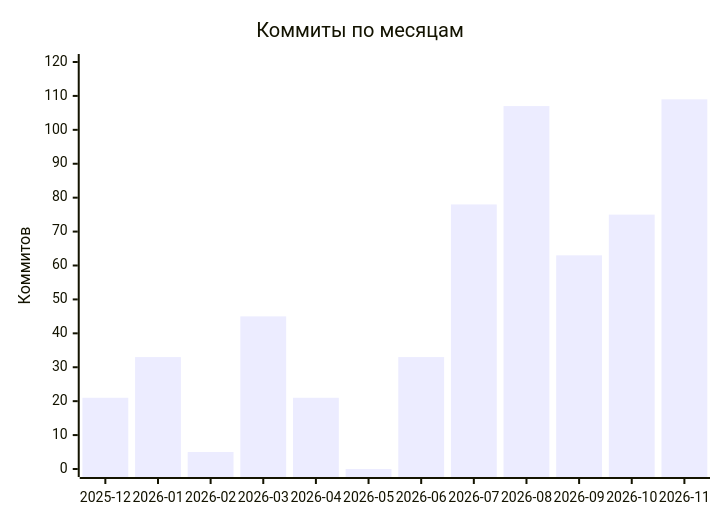
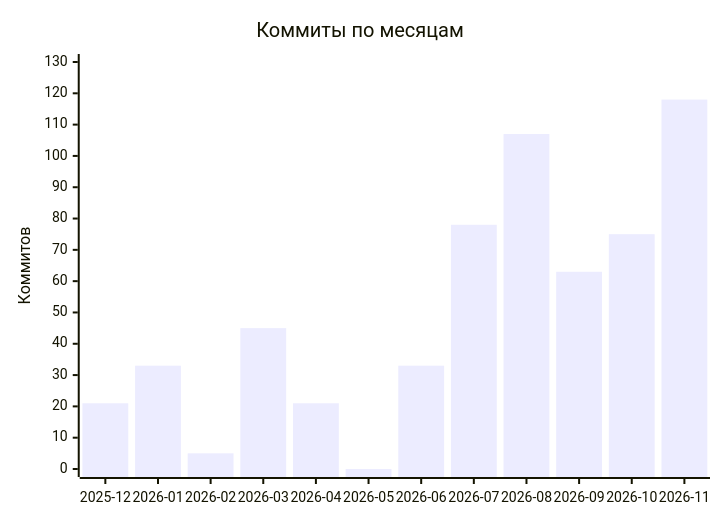
The diagram in README.md (malexple/malexple), drawn with Mermaid before and after one commit. The commit also changed other lines of this file and 1 other file, not shown here.

````diff
--- a/README.md
+++ b/README.md
@@ -363,7 +363,7 @@
 ```mermaid
 xychart-beta
     title "Коммиты по месяцам"
     x-axis ["2025-12", "2026-01", "2026-02", "2026-03", "2026-04", "2026-05", "2026-06", "2026-07", "2026-08", "2026-09", "2026-10", "2026-11"]
-    y-axis "Коммитов" 0 --> 120
-    bar [21, 33, 5, 45, 21, 0, 33, 78, 107, 63, 75, 109]
+    y-axis "Коммитов" 0 --> 130
+    bar [21, 33, 5, 45, 21, 0, 33, 78, 107, 63, 75, 118]
 ```
````
